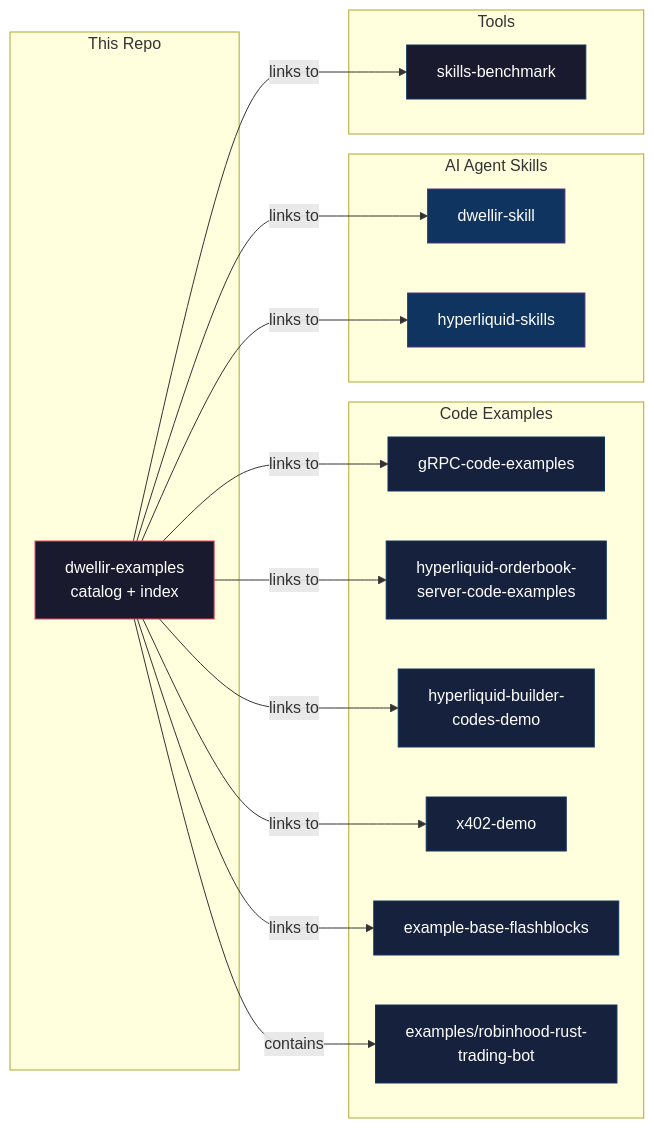
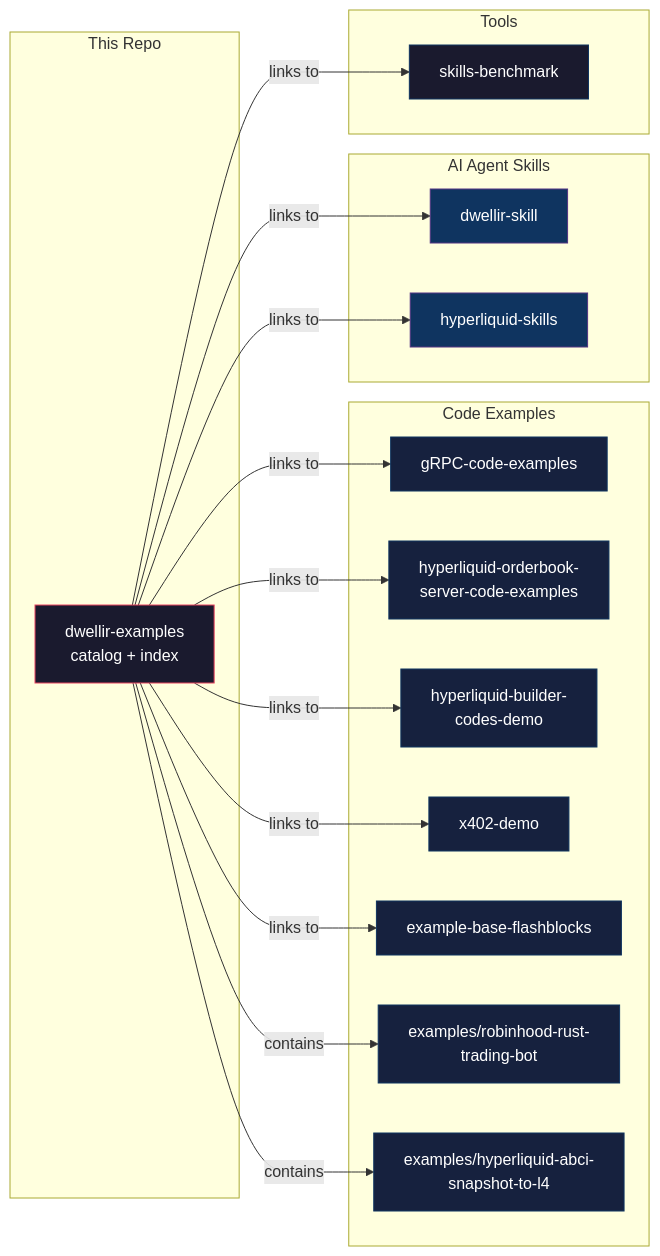
The diagram in README.md (dwellir-public/dwellir-examples), drawn with Mermaid before and after one commit. The commit also changed other lines of this file and 7 other files, not shown here.

First line of the commit message:
Add Hyperliquid ABCI snapshot to L4 order book example

````diff
--- a/README.md
+++ b/README.md
@@ -47,40 +48,42 @@
 ```mermaid
 graph LR
     subgraph This Repo
         CAT[dwellir-examples<br/>catalog + index]
     end
 
     subgraph Code Examples
         E1[gRPC-code-examples]
         E2[hyperliquid-orderbook-<br/>server-code-examples]
         E3[hyperliquid-builder-<br/>codes-demo]
         E4[x402-demo]
         E5[example-base-flashblocks]
         E6[examples/robinhood-rust-<br/>trading-bot]
+        E7[examples/hyperliquid-abci-<br/>snapshot-to-l4]
     end
 
     subgraph AI Agent Skills
         S1[dwellir-skill]
         S2[hyperliquid-skills]
     end
 
     subgraph Tools
         T1[skills-benchmark]
     end
 
     CAT -->|links to| E1 & E2 & E3 & E4 & E5
-    CAT -->|contains| E6
+    CAT -->|contains| E6 & E7
     CAT -->|links to| S1 & S2
     CAT -->|links to| T1
 
     style CAT fill:#1a1a2e,stroke:#e94560,color:#fff
     style E1 fill:#16213e,stroke:#0f3460,color:#fff
     style E2 fill:#16213e,stroke:#0f3460,color:#fff
     style E3 fill:#16213e,stroke:#0f3460,color:#fff
     style E4 fill:#16213e,stroke:#0f3460,color:#fff
     style E5 fill:#16213e,stroke:#0f3460,color:#fff
     style E6 fill:#16213e,stroke:#0f3460,color:#fff
+    style E7 fill:#16213e,stroke:#0f3460,color:#fff
     style S1 fill:#0f3460,stroke:#533483,color:#fff
     style S2 fill:#0f3460,stroke:#533483,color:#fff
     style T1 fill:#1a1a2e,stroke:#0f3460,color:#fff
 ```
````
